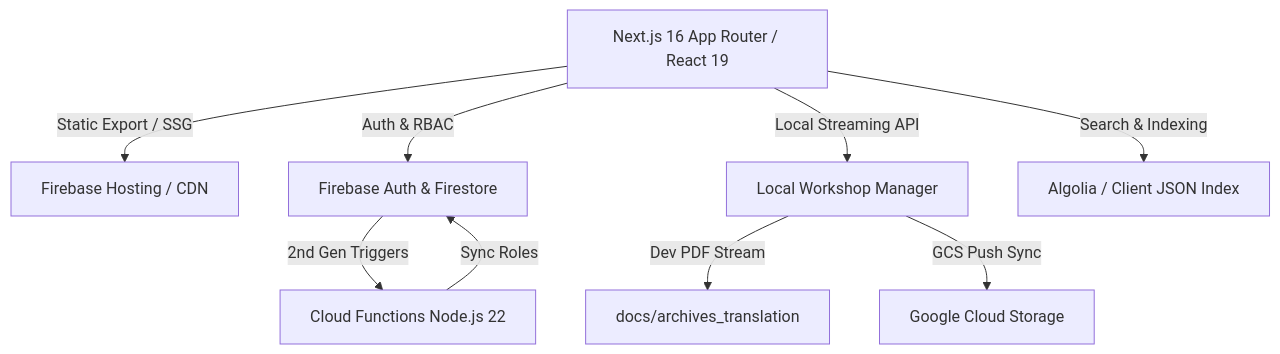
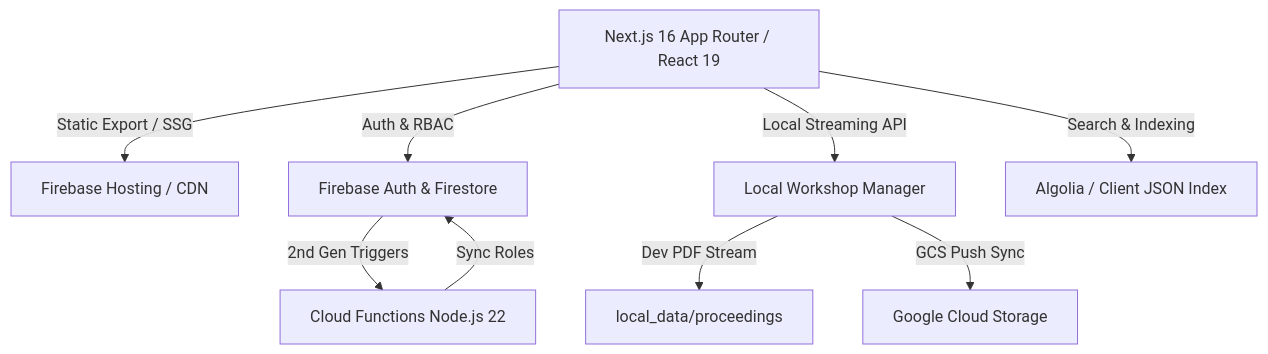
One commit to HEMS-webmaster/HEMS-website-frontend changed the diagram in README.md. Above: the diagram before and after it, drawn with Mermaid. The commit also changed other lines of this file and 105 other files, not shown here.

Commit message:
feat(architecture): finalize local_data proceedings migration, restore 331 legacy URLs, organize sponsor logos, and publish architecture spec | 2026-09-02

````diff
--- a/README.md
+++ b/README.md
@@ -11,11 +11,11 @@
 ```mermaid
 graph TD
     A[Next.js 16 App Router / React 19] -->|Static Export / SSG| B[Firebase Hosting / CDN]
     A -->|Auth & RBAC| C[Firebase Auth & Firestore]
     A -->|Local Streaming API| D[Local Workshop Manager]
-    D -->|Dev PDF Stream| E[docs/archives_translation]
+    D -->|Dev PDF Stream| E[local_data/proceedings]
     D -->|GCS Push Sync| F[Google Cloud Storage]
     C -->|2nd Gen Triggers| G[Cloud Functions Node.js 22]
     G -->|Sync Roles| C
     A -->|Search & Indexing| H[Algolia / Client JSON Index]
 ```
````
